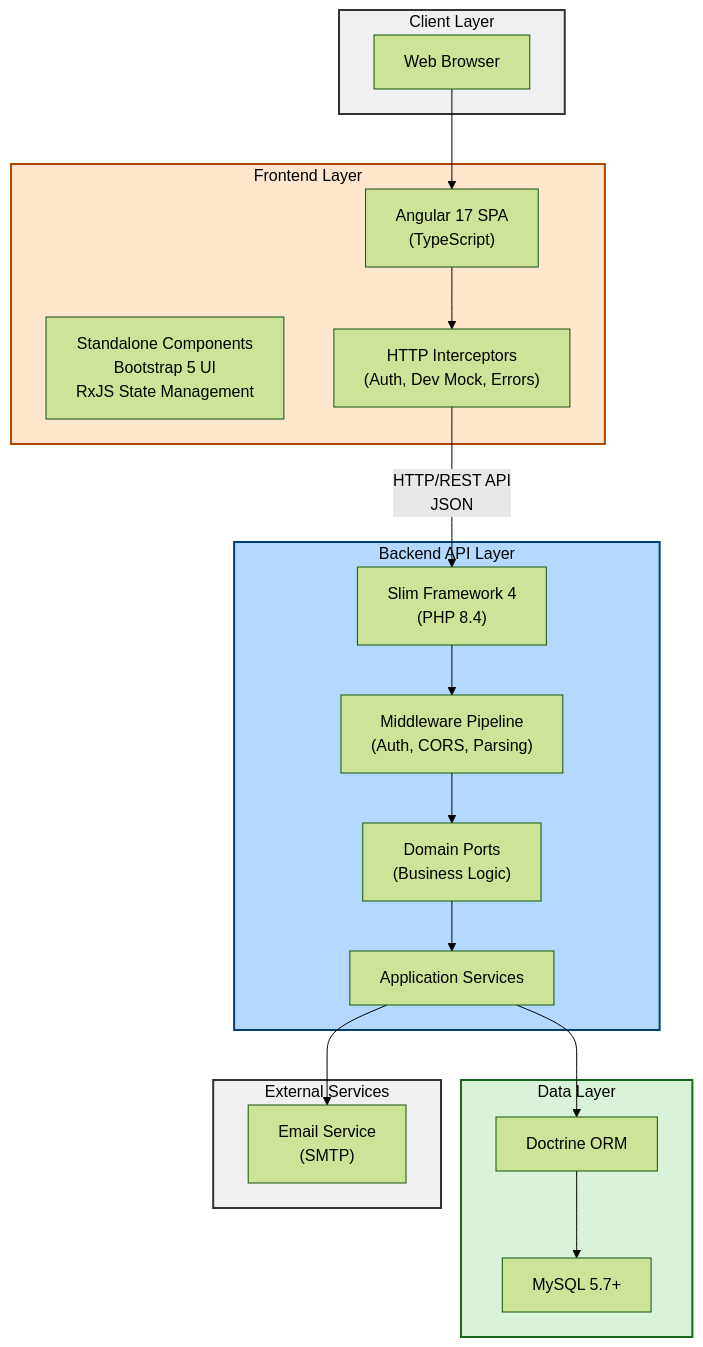
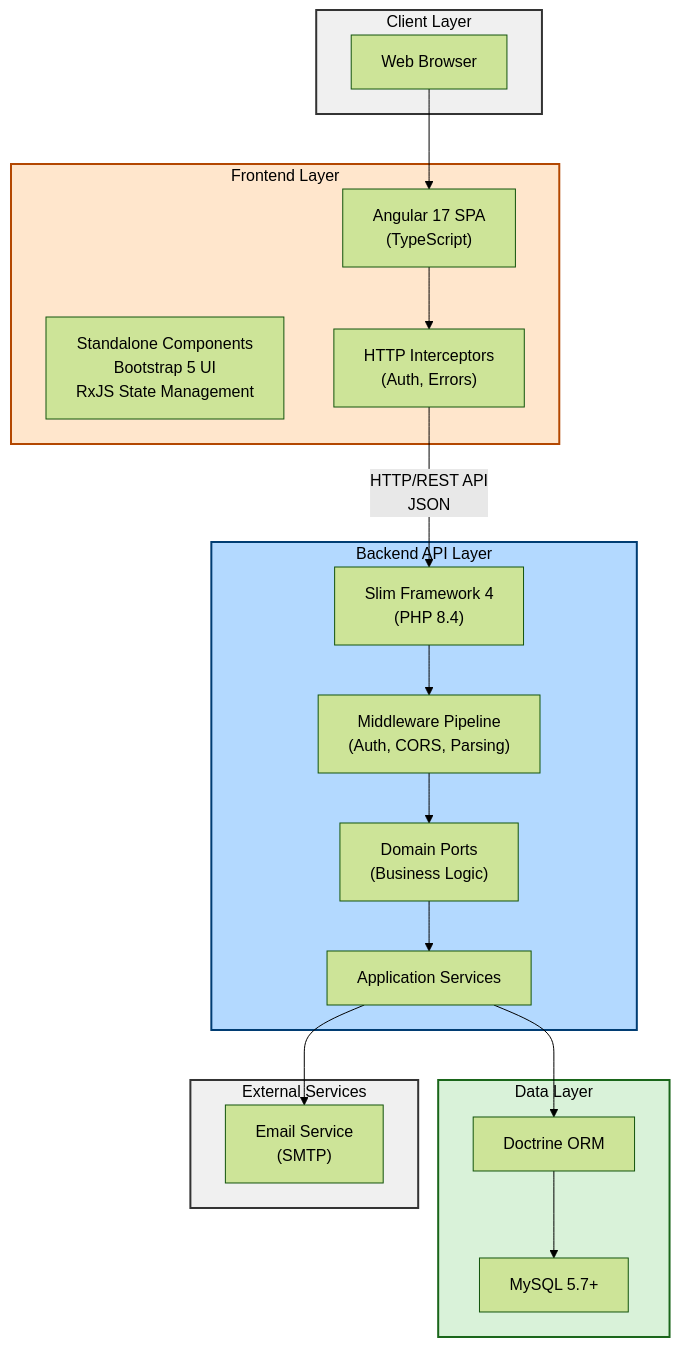
One commit to mleguen/tkdo changed the first of 2 diagrams in docs/architecture.md. Above: the diagram before and after it, drawn with Mermaid (forest theme). The commit also changed other lines of this file and 17 other files, not shown here.

First line of the commit message:
feat(story-1.1b): remove DevBackendInterceptor and npm run int mock-backend mode

````diff
--- a/docs/architecture.md
+++ b/docs/architecture.md
@@ -20,50 +20,50 @@
 ```mermaid
 graph TB
     subgraph Client["Client Layer"]
         Browser["Web Browser"]
     end
 
     subgraph Frontend["Frontend Layer"]
         Angular["Angular 17 SPA<br/>(TypeScript)"]
         Components["Standalone Components<br/>Bootstrap 5 UI<br/>RxJS State Management"]
-        Interceptors["HTTP Interceptors<br/>(Auth, Dev Mock, Errors)"]
+        Interceptors["HTTP Interceptors<br/>(Auth, Errors)"]
     end
 
     subgraph Backend["Backend API Layer"]
         API["Slim Framework 4<br/>(PHP 8.4)"]
         Middleware["Middleware Pipeline<br/>(Auth, CORS, Parsing)"]
         Ports["Domain Ports<br/>(Business Logic)"]
         Services["Application Services"]
     end
 
     subgraph Data["Data Layer"]
         ORM["Doctrine ORM"]
         DB["MySQL 5.7+"]
     end
 
     subgraph External["External Services"]
         Mail["Email Service<br/>(SMTP)"]
     end
 
     Browser --> Angular
     Angular --> Interceptors
     Interceptors --> |"HTTP/REST API<br/>JSON"| API
     API --> Middleware
     Middleware --> Ports
     Ports --> Services
     Services --> ORM
     ORM --> DB
     Services --> Mail
 
     classDef client fill:#f0f0f0,stroke:#333,stroke-width:2px,color:#000
     classDef frontend fill:#ffe6cc,stroke:#b34700,stroke-width:2px,color:#000
     classDef backend fill:#b3d9ff,stroke:#003d73,stroke-width:2px,color:#000
     classDef data fill:#d9f2d9,stroke:#1a661a,stroke-width:2px,color:#000
     classDef external fill:#f0f0f0,stroke:#333,stroke-width:2px,color:#000
 
     class Client client
     class Frontend frontend
     class Backend backend
     class Data data
     class External external
 ```
````
